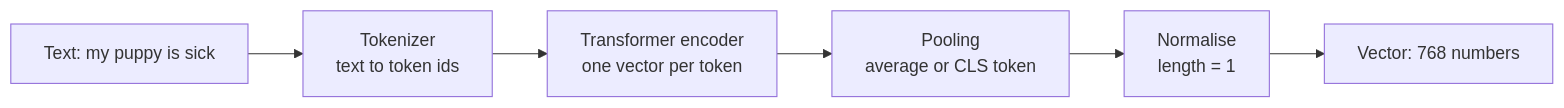
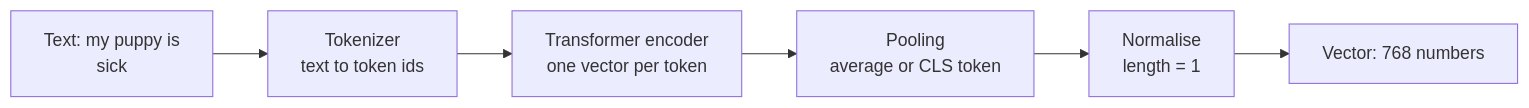
The first of 3 diagrams in 01. Naive RAG/notes/01. Basic Concepts/05. Embeddings.md (ajay-nikumbh/RAG-From-Basics-to-Production), drawn with Mermaid before and after one commit. The commit also changed other lines of this file and 38 other files, not shown here.

First line of the commit message:
Group root README by pattern, widen tables, wrap diagram labels

````diff
--- a/01. Naive RAG/notes/01. Basic Concepts/05. Embeddings.md
+++ b/01. Naive RAG/notes/01. Basic Concepts/05. Embeddings.md
@@ -43,8 +43,8 @@
 ```mermaid
 flowchart LR
-    T["Text: my puppy is sick"] --> TOK[Tokenizer<br/>text to token ids]
+    T["Text: my puppy is<br/>sick"] --> TOK[Tokenizer<br/>text to token ids]
     TOK --> ENC[Transformer encoder<br/>one vector per token]
     ENC --> POOL[Pooling<br/>average or CLS token]
     POOL --> NORM[Normalise<br/>length = 1]
     NORM --> V["Vector: 768 numbers"]
 ```
````
